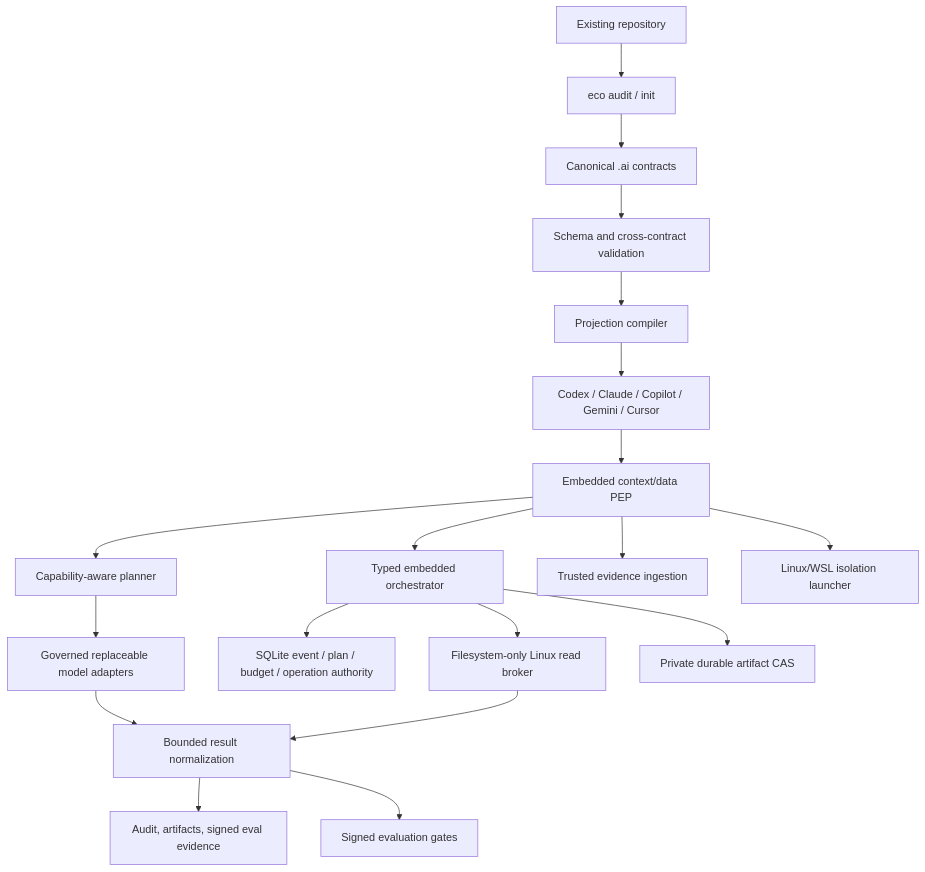
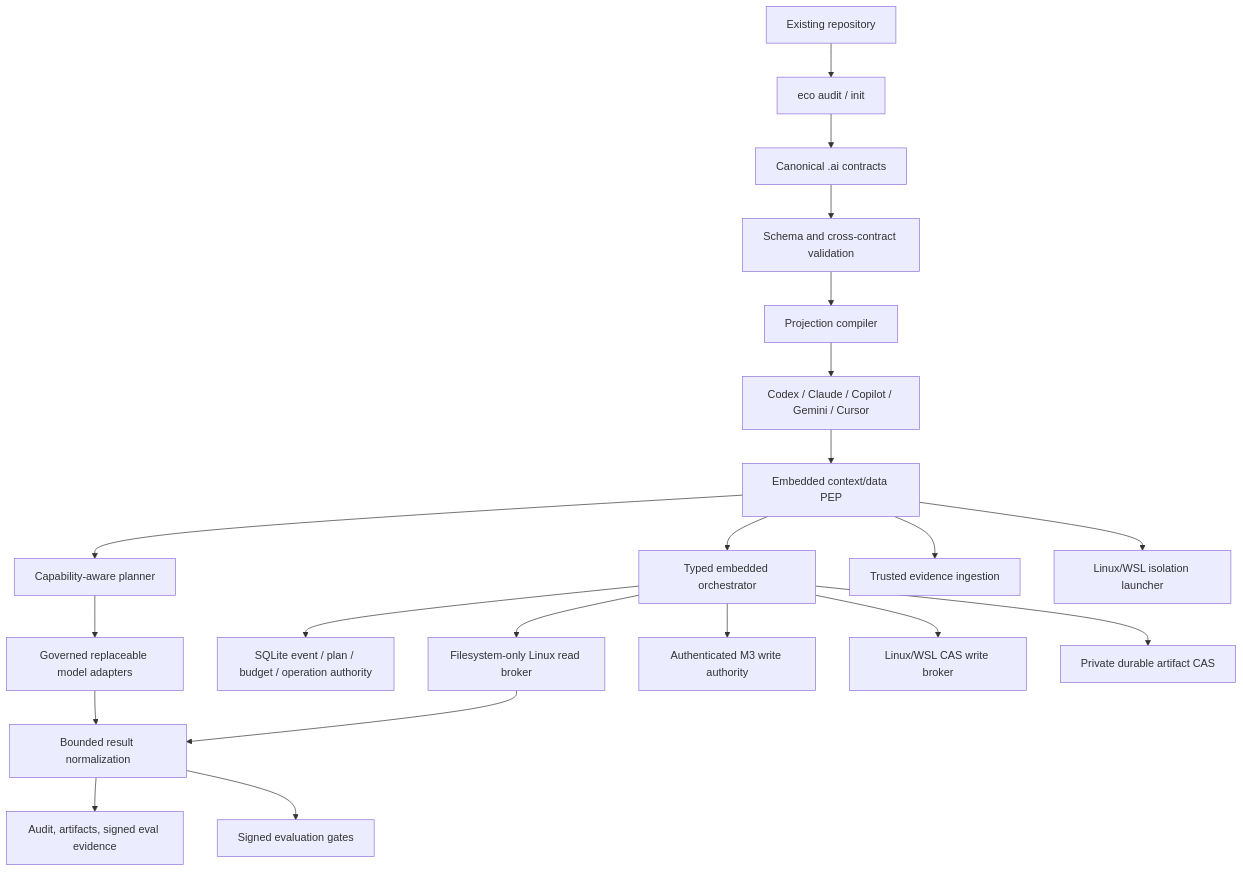
The diagram in docs/architecture/README.md (cyberdid/ecosystem), drawn with Mermaid before and after one commit. The commit also changed other lines of this file and 43 other files, not shown here.

````diff
--- a/docs/architecture/README.md
+++ b/docs/architecture/README.md
@@ -9,22 +9,24 @@
 ```mermaid
 flowchart TB
     R["Existing repository"] --> A["eco audit / init"]
     A --> C["Canonical .ai contracts"]
     C --> V["Schema and cross-contract validation"]
     V --> P["Projection compiler"]
     P --> H["Codex / Claude / Copilot / Gemini / Cursor"]
 
     H --> DPEP["Embedded context/data PEP"]
     DPEP --> ROUTER["Capability-aware planner"]
     ROUTER --> ADAPTERS["Governed replaceable model adapters"]
     DPEP --> ORCH["Typed embedded orchestrator"]
     ORCH --> STORE["SQLite event / plan / budget / operation authority"]
     ORCH --> BROKER["Filesystem-only Linux read broker"]
+    ORCH --> WRITEAUTH["Authenticated M3 write authority"]
+    ORCH --> WRITEBROKER["Linux/WSL CAS write broker"]
     ORCH --> CAS["Private durable artifact CAS"]
     DPEP --> EVIDENCE["Trusted evidence ingestion"]
     DPEP --> ISOLATION["Linux/WSL isolation launcher"]
     ADAPTERS --> OUT["Bounded result normalization"]
     BROKER --> OUT
     OUT --> AUDIT["Audit, artifacts, signed eval evidence"]
     OUT --> EVAL["Signed evaluation gates"]
 ```
````
